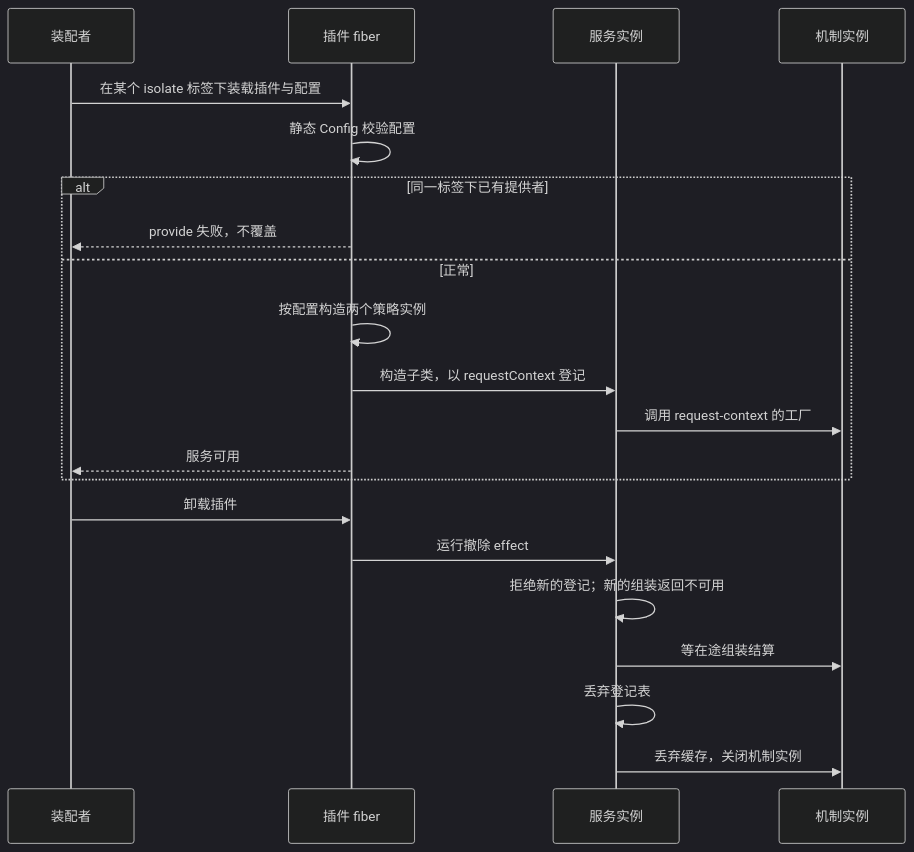
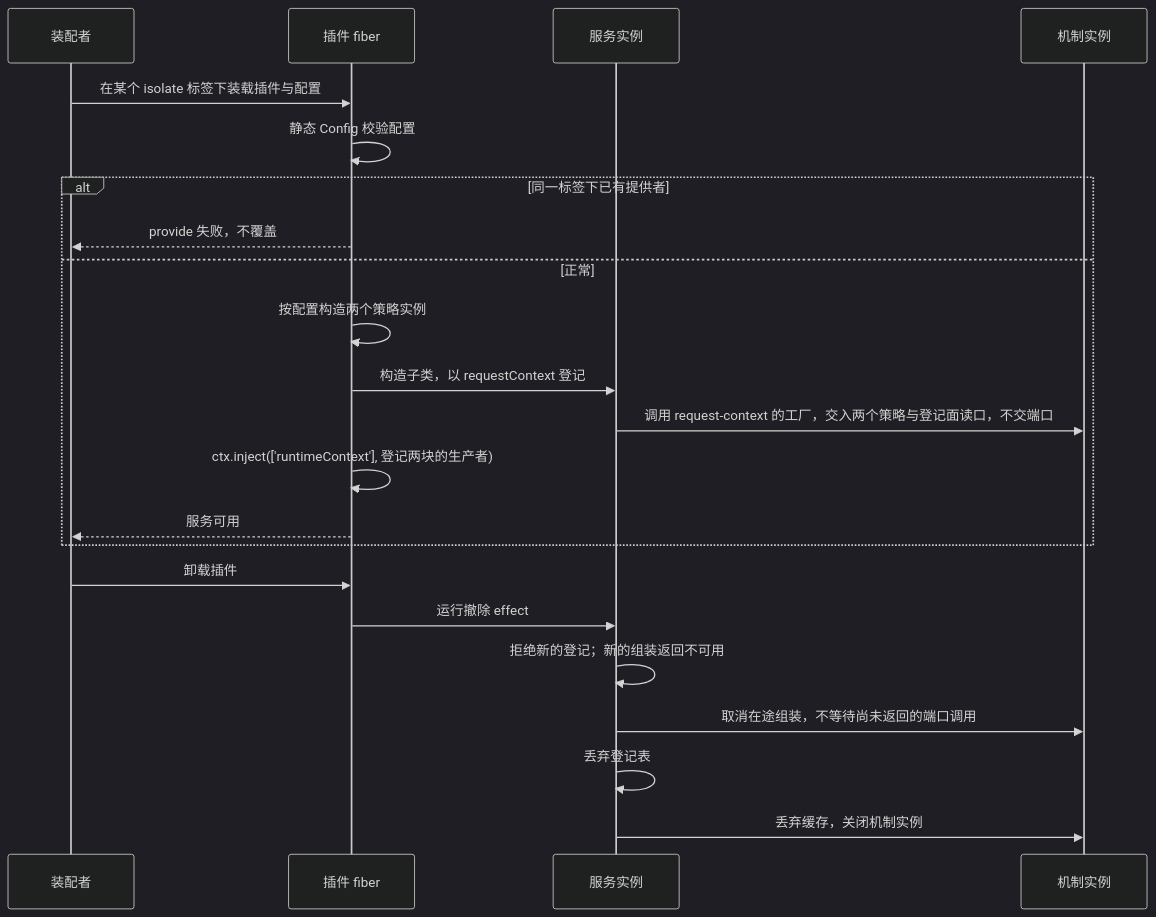
One commit to nemori-ai/omne-harness-lite changed the first of 3 diagrams in packages/context/request-context-cordis/docs/flows.md. Above: the diagram before and after it, drawn with Mermaid (dark theme). The commit also changed other lines of this file and 68 other files, not shown here.

````diff
--- a/packages/context/request-context-cordis/docs/flows.md
+++ b/packages/context/request-context-cordis/docs/flows.md
@@ -13,23 +13,24 @@
 ```mermaid
 sequenceDiagram
   participant A as 装配者
   participant F as 插件 fiber
   participant S as 服务实例
   participant M as 机制实例
   A->>F: 在某个 isolate 标签下装载插件与配置
   F->>F: 静态 Config 校验配置
   alt 同一标签下已有提供者
     F-->>A: provide 失败，不覆盖
   else 正常
     F->>F: 按配置构造两个策略实例
     F->>S: 构造子类，以 requestContext 登记
-    S->>M: 调用 request-context 的工厂
+    S->>M: 调用 request-context 的工厂，交入两个策略与登记面读口，不交端口
+    F->>F: ctx.inject(['runtimeContext'], 登记两块的生产者)
     F-->>A: 服务可用
   end
   A->>F: 卸载插件
   F->>S: 运行撤除 effect
   S->>S: 拒绝新的登记；新的组装返回不可用
-  S->>M: 等在途组装结算
+  S->>M: 取消在途组装，不等待尚未返回的端口调用
   S->>S: 丢弃登记表
   S->>M: 丢弃缓存，关闭机制实例
 ```
````
